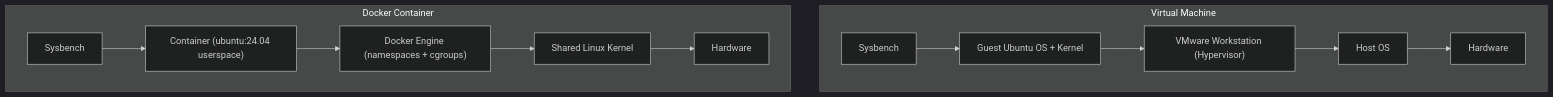
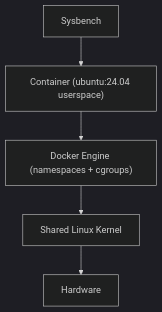
Before and after one commit to Janaki1711/Cloud_computing: the second of 2 diagrams in Experiment-2-VM-vs-Container-Memory/README.md, drawn with Mermaid (dark theme). The commit also changed other lines of this file, not shown here.

Commit message:
Stack VM and container diagrams vertically

````diff
--- a/Experiment-2-VM-vs-Container-Memory/README.md
+++ b/Experiment-2-VM-vs-Container-Memory/README.md
@@ -49,15 +61,7 @@
 ```mermaid
 graph TD
-    subgraph VMStack["Virtual Machine"]
-        A1["Sysbench"] --> A2["Guest Ubuntu OS + Kernel"]
-        A2 --> A3["VMware Workstation (Hypervisor)"]
-        A3 --> A4["Host OS"]
-        A4 --> A5["Hardware"]
-    end
-    subgraph CStack["Docker Container"]
-        B1["Sysbench"] --> B2["Container (ubuntu:24.04 userspace)"]
-        B2 --> B3["Docker Engine (namespaces + cgroups)"]
-        B3 --> B4["Shared Linux Kernel"]
-        B4 --> B5["Hardware"]
-    end
+    B1["Sysbench"] --> B2["Container (ubuntu:24.04 userspace)"]
+    B2 --> B3["Docker Engine (namespaces + cgroups)"]
+    B3 --> B4["Shared Linux Kernel"]
+    B4 --> B5["Hardware"]
 ```
````
